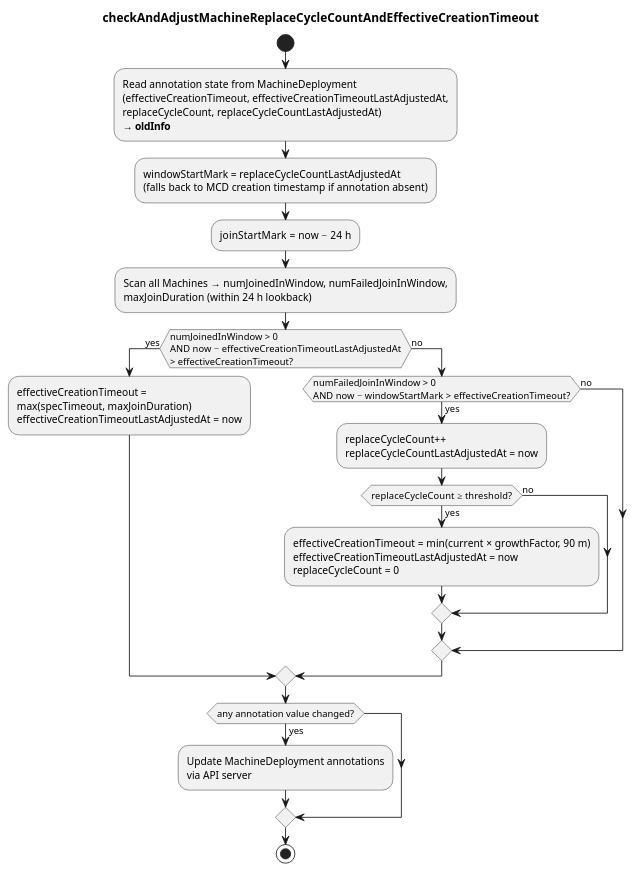
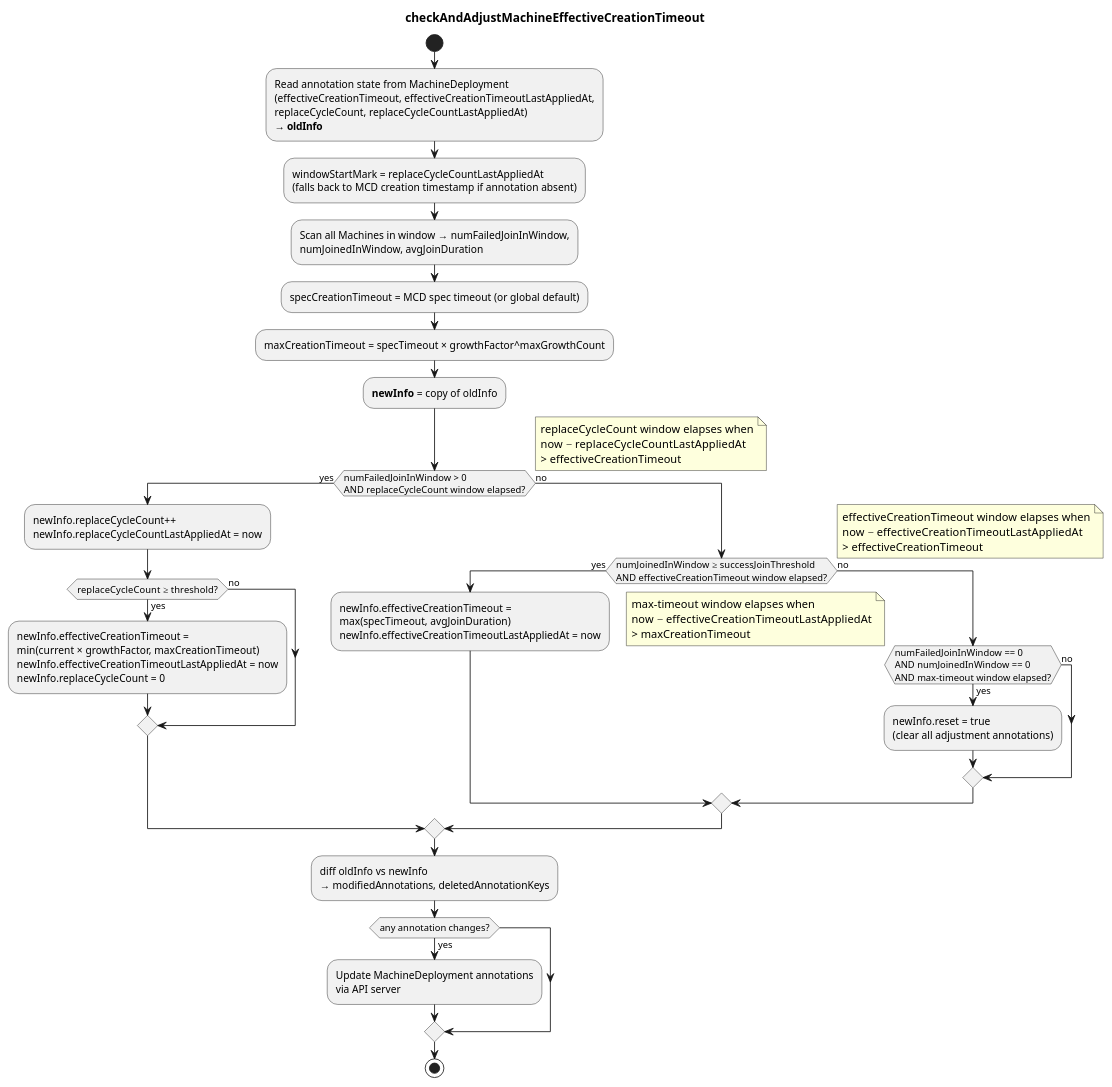
The diagram in docs/images/adjust-effective-creation-timeout.puml (gardener/machine-controller-manager), drawn with PlantUML before and after one commit. The commit also changed 41 other files, not shown here.

First line of the commit message:
feecback for effective-creation-timeout adjustment for MachineDeployments

```diff
--- a/docs/images/adjust-effective-creation-timeout.puml
+++ b/docs/images/adjust-effective-creation-timeout.puml
@@ -1,31 +1,54 @@
 @startuml
-title checkAndAdjustMachineReplaceCycleCountAndEffectiveCreationTimeout
+title checkAndAdjustMachineEffectiveCreationTimeout
 
 start
 
-:Read annotation state from MachineDeployment\n(effectiveCreationTimeout, effectiveCreationTimeoutLastAdjustedAt,\nreplaceCycleCount, replaceCycleCountLastAdjustedAt)\n**→ oldInfo**;
+:Read annotation state from MachineDeployment\n(effectiveCreationTimeout, effectiveCreationTimeoutLastAppliedAt,\nreplaceCycleCount, replaceCycleCountLastAppliedAt)\n**→ oldInfo**;
 
-:windowStartMark = replaceCycleCountLastAdjustedAt\n(falls back to MCD creation timestamp if annotation absent);
-:joinStartMark = now − 24 h;
-:Scan all Machines → numJoinedInWindow, numFailedJoinInWindow,\nmaxJoinDuration (within 24 h lookback);
+:windowStartMark = replaceCycleCountLastAppliedAt\n(falls back to MCD creation timestamp if annotation absent);
+:Scan all Machines in window → numFailedJoinInWindow,\nnumJoinedInWindow, avgJoinDuration;
+:specCreationTimeout = MCD spec timeout (or global default);
+:maxCreationTimeout = specTimeout × growthFactor^maxGrowthCount;
+:**newInfo** = copy of oldInfo;
 
-if (numJoinedInWindow > 0\nAND now − effectiveCreationTimeoutLastAdjustedAt\n> effectiveCreationTimeout?) then (yes)
-  :effectiveCreationTimeout =\nmax(specTimeout, maxJoinDuration)\neffectiveCreationTimeoutLastAdjustedAt = now;
+if (numFailedJoinInWindow > 0\nAND replaceCycleCount window elapsed?) then (yes)
+note right
+  replaceCycleCount window elapses when
+  now − replaceCycleCountLastAppliedAt
+  > effectiveCreationTimeout
+end note
+  :newInfo.replaceCycleCount++\nnewInfo.replaceCycleCountLastAppliedAt = now;
+  if (replaceCycleCount ≥ threshold?) then (yes)
+    :newInfo.effectiveCreationTimeout =\nmin(current × growthFactor, maxCreationTimeout)\nnewInfo.effectiveCreationTimeoutLastAppliedAt = now\nnewInfo.replaceCycleCount = 0;
+  else (no)
+  endif
 else (no)
-  if (numFailedJoinInWindow > 0\nAND now − windowStartMark > effectiveCreationTimeout?) then (yes)
-    :replaceCycleCount++\nreplaceCycleCountLastAdjustedAt = now;
-    if (replaceCycleCount ≥ threshold?) then (yes)
-      :effectiveCreationTimeout = min(current × growthFactor, 90 m)\neffectiveCreationTimeoutLastAdjustedAt = now\nreplaceCycleCount = 0;
+  if (numJoinedInWindow ≥ successJoinThreshold\nAND effectiveCreationTimeout window elapsed?) then (yes)
+  note right
+    effectiveCreationTimeout window elapses when
+    now − effectiveCreationTimeoutLastAppliedAt
+    > effectiveCreationTimeout
+  end note
+    :newInfo.effectiveCreationTimeout =\nmax(specTimeout, avgJoinDuration)\nnewInfo.effectiveCreationTimeoutLastAppliedAt = now;
+  else (no)
+    if (numFailedJoinInWindow == 0\nAND numJoinedInWindow == 0\nAND max-timeout window elapsed?) then (yes)
+    note right
+      max-timeout window elapses when
+      now − effectiveCreationTimeoutLastAppliedAt
+      > maxCreationTimeout
+    end note
+      :newInfo.reset = true\n(clear all adjustment annotations);
     else (no)
     endif
-  else (no)
   endif
 endif
 
-if (any annotation value changed?) then (yes)
+:diff oldInfo vs newInfo\n→ modifiedAnnotations, deletedAnnotationKeys;
+
+if (any annotation changes?) then (yes)
   :Update MachineDeployment annotations\nvia API server;
 endif
 
 stop
 
 @enduml
```
